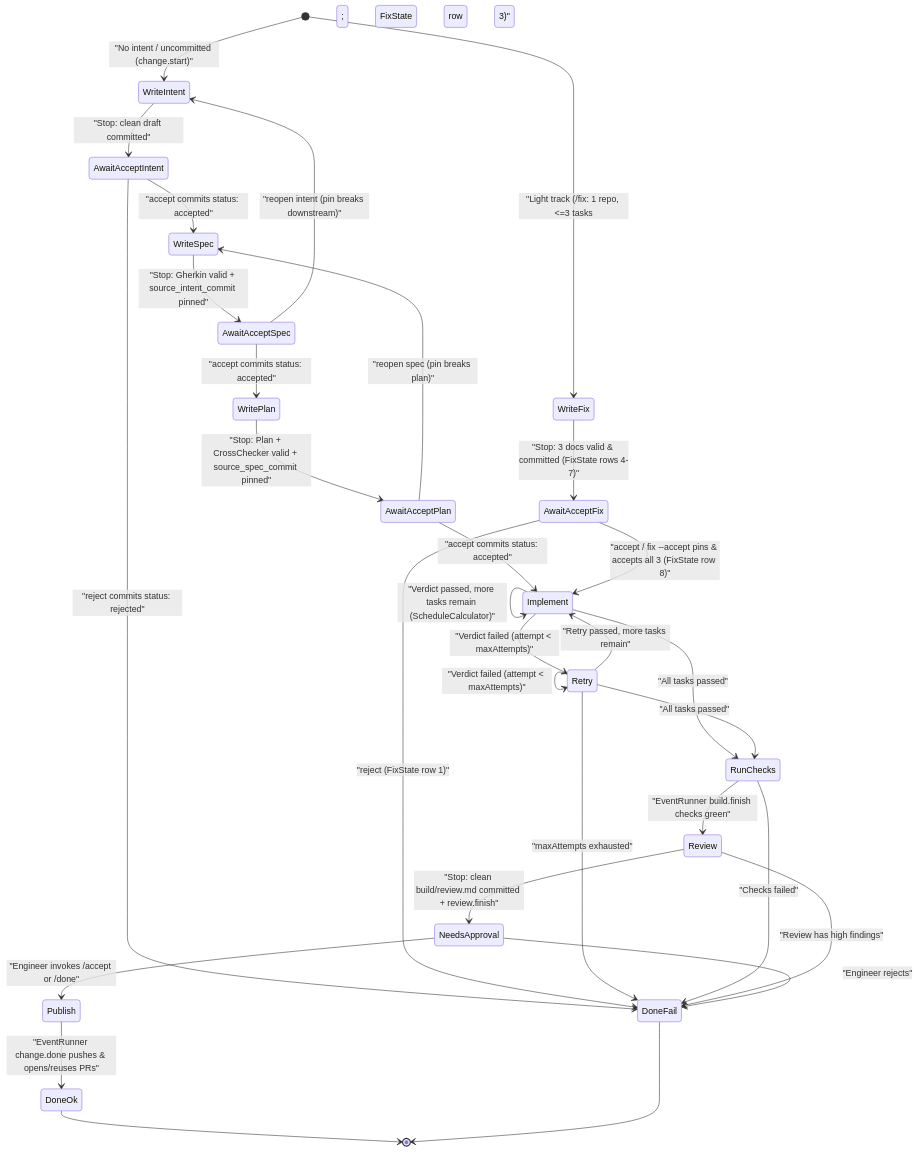
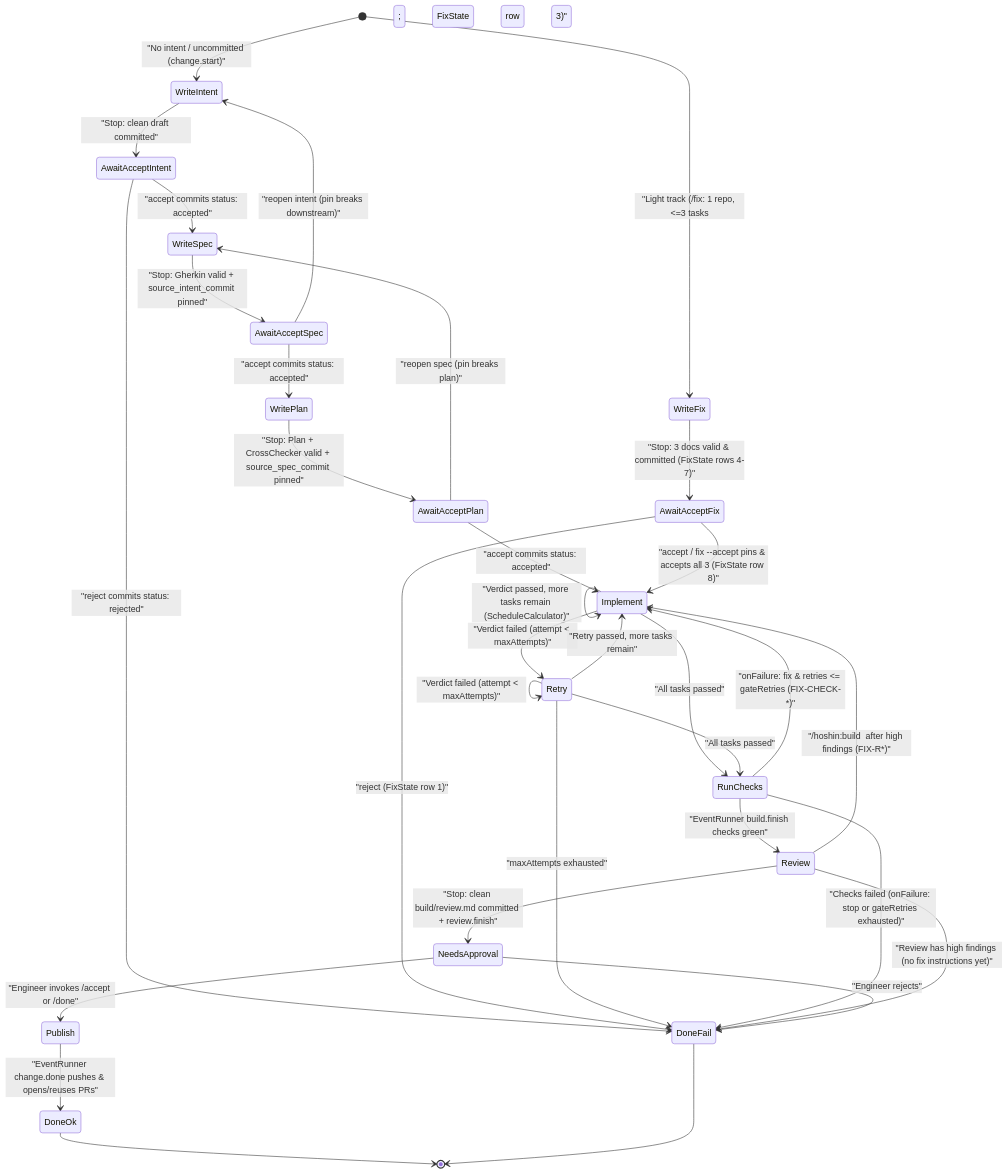
Before and after one commit to satish-krishna/Hoshin.Net: the second of 4 diagrams in DESIGN.md, drawn with Mermaid. The commit also changed other lines of this file and 19 other files, not shown here.

First line of the commit message:
fix(engine): add post-build fix loops for failing checks and review findings

````diff
--- a/DESIGN.md
+++ b/DESIGN.md
@@ -78,42 +78,44 @@
 ```mermaid
 stateDiagram-v2
     [*] --> WriteIntent : "No intent / uncommitted (change.start)"
     WriteIntent --> AwaitAcceptIntent : "Stop: clean draft committed"
     AwaitAcceptIntent --> WriteSpec : "accept commits status: accepted"
     AwaitAcceptIntent --> DoneFail : "reject commits status: rejected"
 
     WriteSpec --> AwaitAcceptSpec : "Stop: Gherkin valid + source_intent_commit pinned"
     AwaitAcceptSpec --> WritePlan : "accept commits status: accepted"
     AwaitAcceptSpec --> WriteIntent : "reopen intent (pin breaks downstream)"
 
     WritePlan --> AwaitAcceptPlan : "Stop: Plan + CrossChecker valid + source_spec_commit pinned"
     AwaitAcceptPlan --> Implement : "accept commits status: accepted"
     AwaitAcceptPlan --> WriteSpec : "reopen spec (pin breaks plan)"
 
     [*] --> WriteFix : "Light track (/fix: 1 repo, <=3 tasks; FixState row 3)"
     WriteFix --> AwaitAcceptFix : "Stop: 3 docs valid & committed (FixState rows 4-7)"
     AwaitAcceptFix --> Implement : "accept / fix --accept pins & accepts all 3 (FixState row 8)"
     AwaitAcceptFix --> DoneFail : "reject (FixState row 1)"
 
     Implement --> Implement : "Verdict passed, more tasks remain (ScheduleCalculator)"
     Implement --> Retry : "Verdict failed (attempt < maxAttempts)"
     Retry --> Implement : "Retry passed, more tasks remain"
     Retry --> Retry : "Verdict failed (attempt < maxAttempts)"
     Retry --> DoneFail : "maxAttempts exhausted"
 
     Implement --> RunChecks : "All tasks passed"
     Retry --> RunChecks : "All tasks passed"
 
     RunChecks --> Review : "EventRunner build.finish checks green"
-    RunChecks --> DoneFail : "Checks failed"
+    RunChecks --> Implement : "onFailure: fix & retries <= gateRetries (FIX-CHECK-*)"
+    RunChecks --> DoneFail : "Checks failed (onFailure: stop or gateRetries exhausted)"
 
     Review --> NeedsApproval : "Stop: clean build/review.md committed + review.finish"
-    Review --> DoneFail : "Review has high findings"
+    Review --> Implement : "/hoshin:build <instructions> after high findings (FIX-R*)"
+    Review --> DoneFail : "Review has high findings (no fix instructions yet)"
 
     NeedsApproval --> Publish : "Engineer invokes /accept or /done"
     NeedsApproval --> DoneFail : "Engineer rejects"
 
     Publish --> DoneOk : "EventRunner change.done pushes & opens/reuses PRs"
     DoneOk --> [*]
     DoneFail --> [*]
 ```
````
